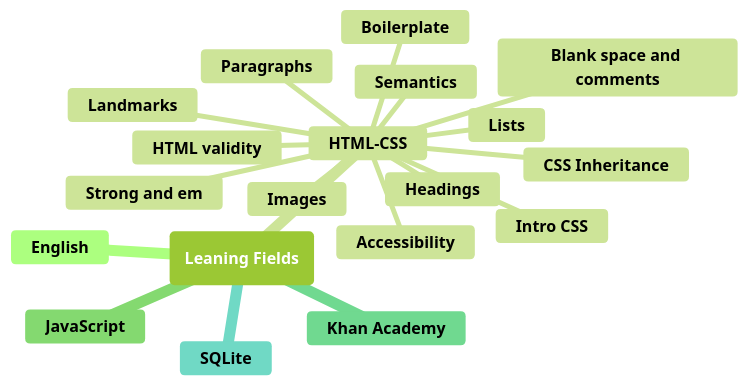
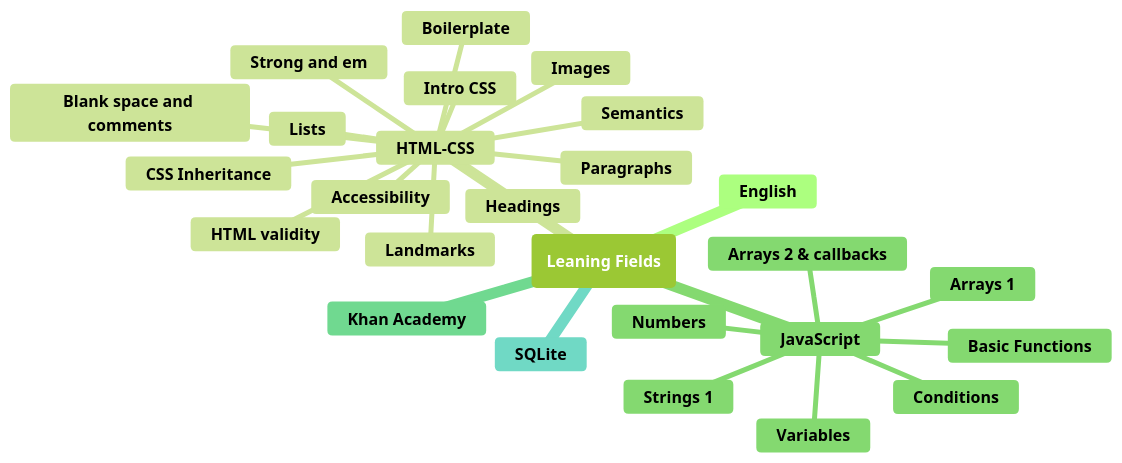
The diagram in README.md (MarvinSilcGit/Learning), drawn with Mermaid (forest theme) before and after one commit.

````diff
--- a/README.md
+++ b/README.md
@@ -4,23 +4,30 @@
 ```mermaid
 mindmap
   root(**Leaning Fields**)
     **English**
     **HTML-CSS**
       **Semantics**
       **Accessibility**
       **Headings**
       **Boilerplate**
       **Blank space and comments**
       **Paragraphs**
       **Lists**
       **HTML validity**
       **Landmarks**
       **Strong and em**
       **Images**
       **Intro CSS**
       **CSS Inheritance**
     **JavaScript**
+      **Basic Functions**
+      **Strings 1**
+      **Numbers**
+      **Variables**
+      **Conditions**
+      **Arrays 1**
+      **Arrays 2 & callbacks**
     **Khan Academy**
     **SQLite**
     
 ```
````
